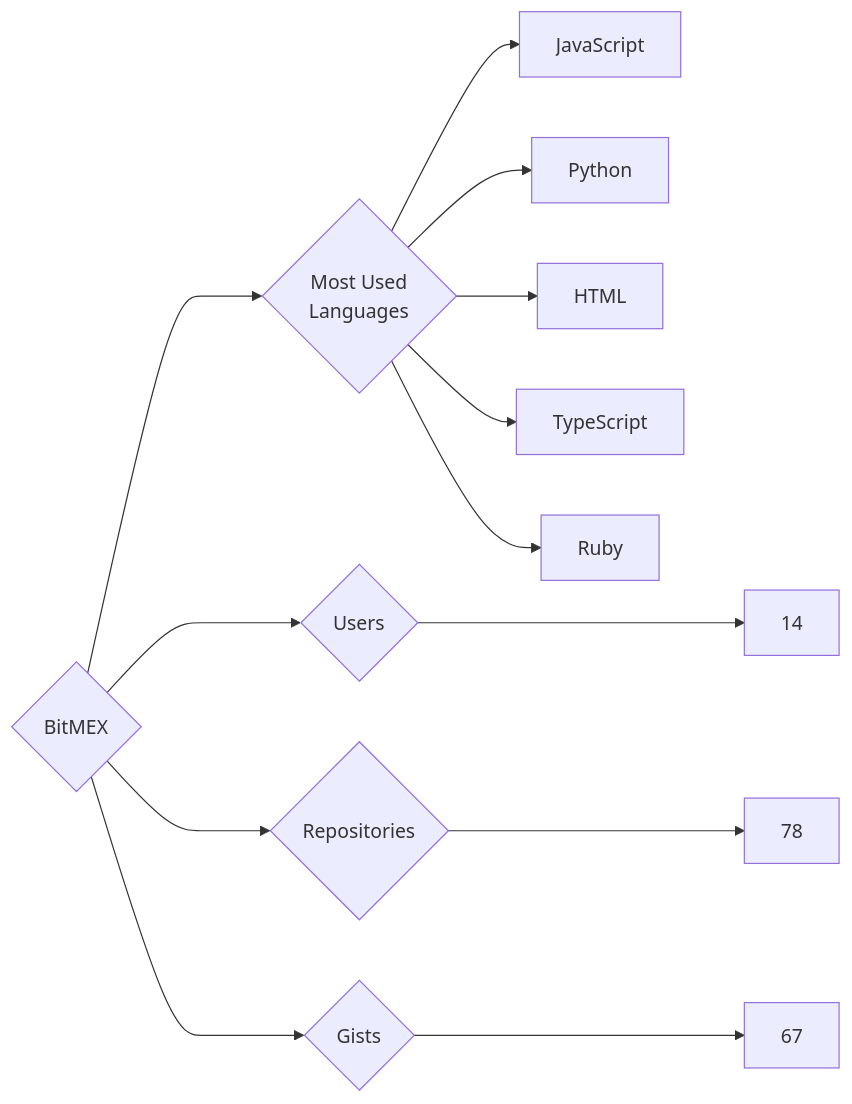
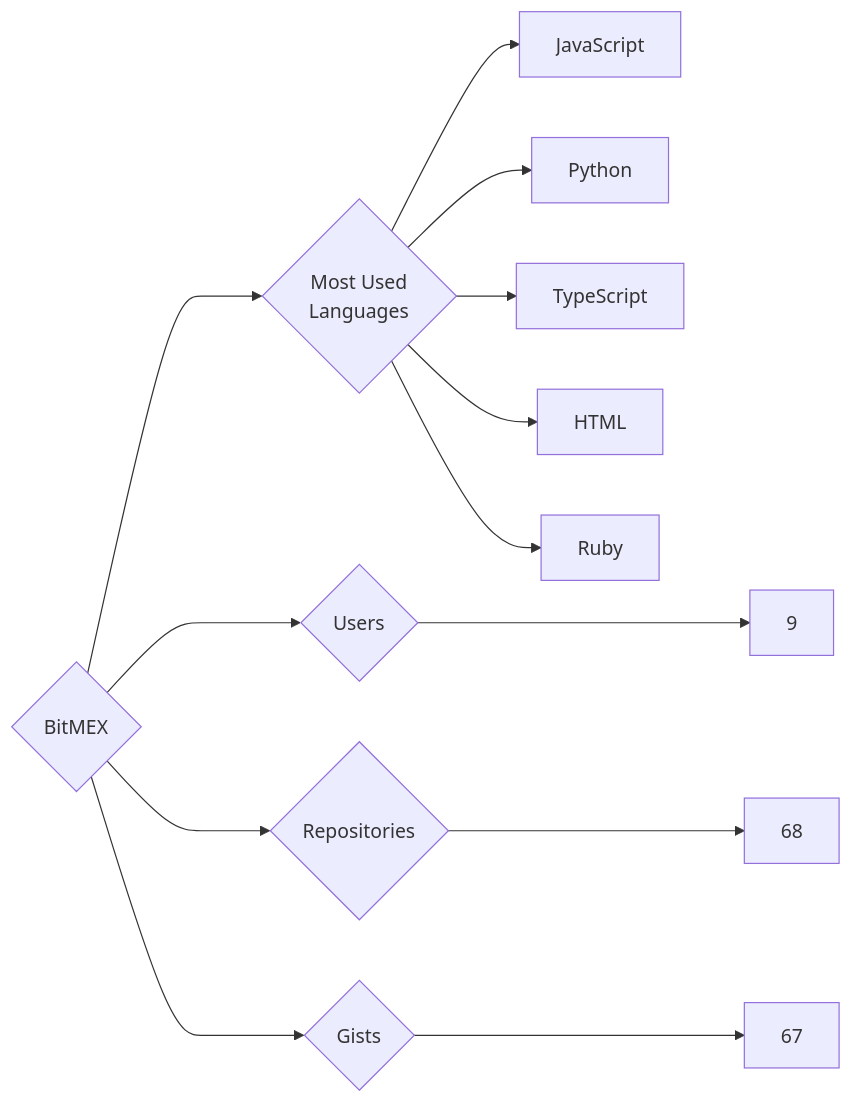
Before and after one commit to trickest/insiders: the diagram in targets/BitMEX/README.md, drawn with Mermaid. The commit also changed 1170 other files, not shown here.

````diff
--- a/targets/BitMEX/README.md
+++ b/targets/BitMEX/README.md
@@ -3,13 +3,13 @@
 ```mermaid
 graph LR
 COMPANY_NAME{BitMEX}
-COMPANY_NAME ---> U{Users} ---> UN[14]
-COMPANY_NAME ---> R{Repositories} ---> RN[78]
+COMPANY_NAME ---> U{Users} ---> UN[9]
+COMPANY_NAME ---> R{Repositories} ---> RN[68]
 COMPANY_NAME ---> G{Gists} ---> GN[67]
 COMPANY_NAME ---> ML{Most Used<br>Languages}
 ML --> JavaScript[JavaScript]
 ML --> Python[Python]
+ML --> TypeScript[TypeScript]
 ML --> HTML[HTML]
-ML --> TypeScript[TypeScript]
 ML --> Ruby[Ruby]
 ```
````
